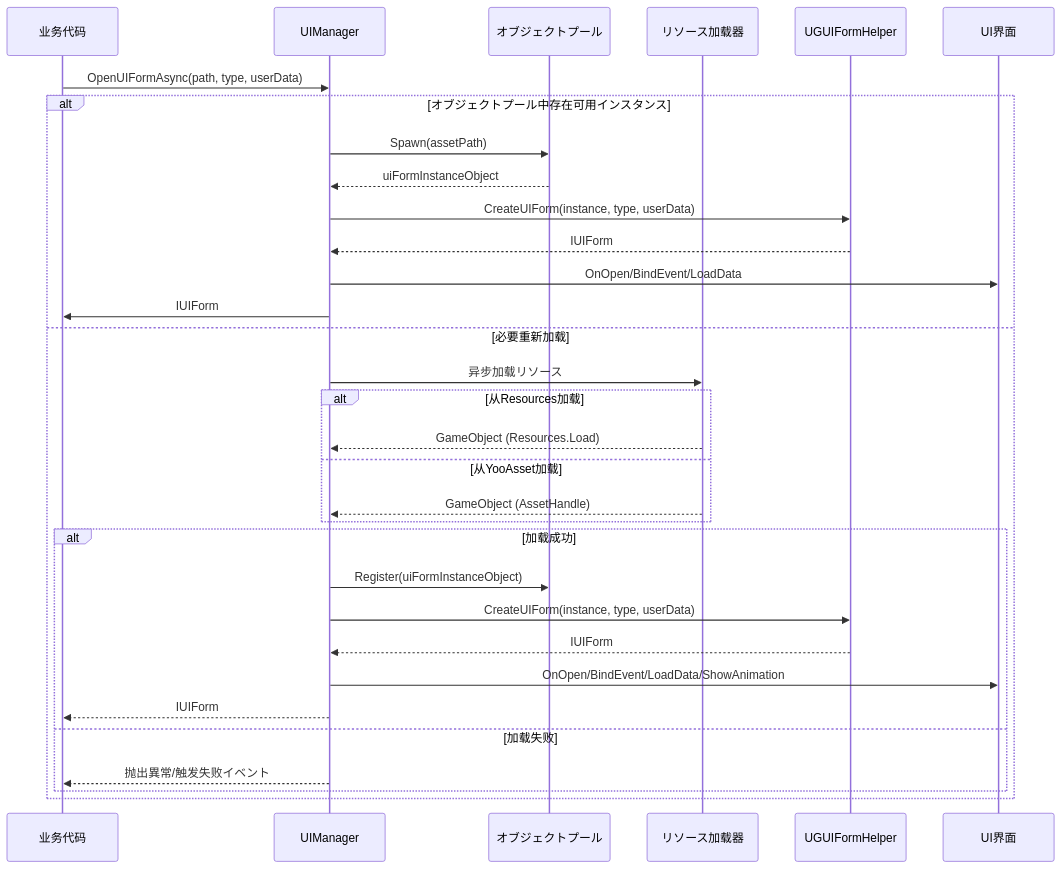
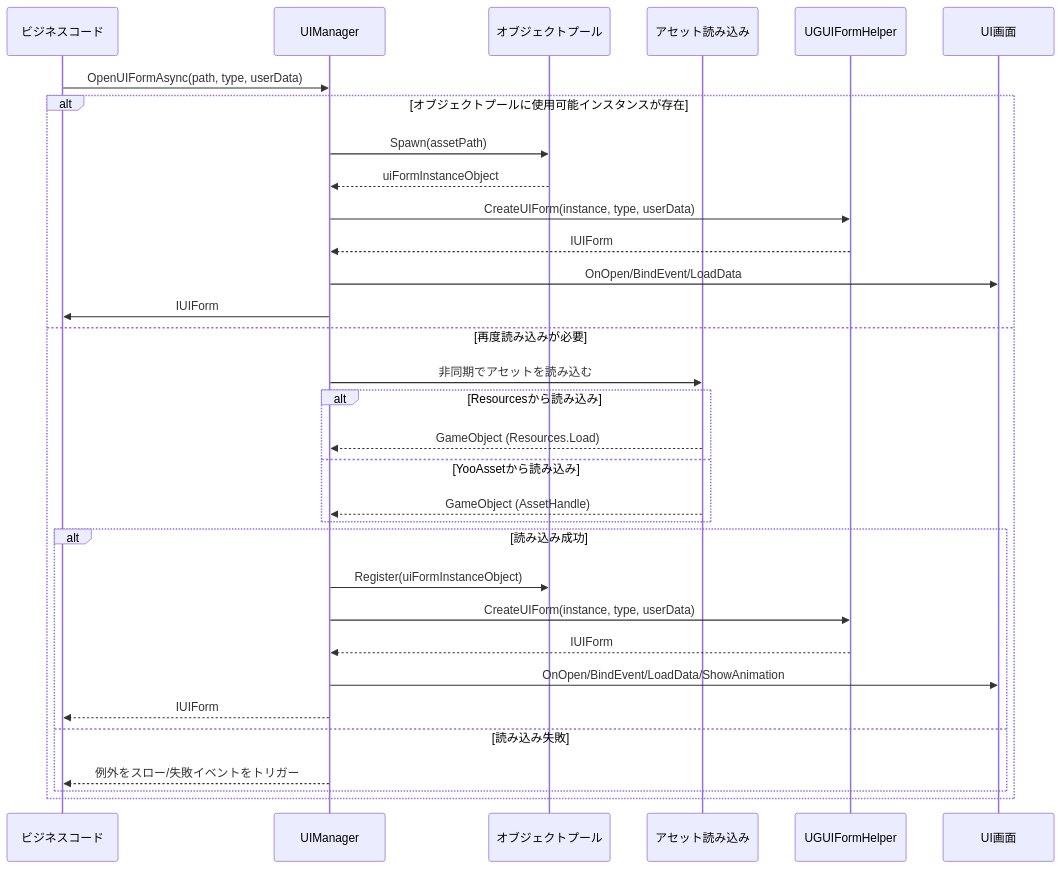
The second of 3 diagrams in docs/ja/client/unity/component/ui-ugui/07.ui-manager.md (AlianBlank/GameFrameX.Docs), drawn with Mermaid before and after one commit. The commit also changed other lines of this file and 320 other files, not shown here.

````diff
--- a/docs/ja/client/unity/component/ui-ugui/07.ui-manager.md
+++ b/docs/ja/client/unity/component/ui-ugui/07.ui-manager.md
@@ -67,37 +67,37 @@
 ```mermaid
 sequenceDiagram
-    participant Client as 业务代码
+    participant Client as ビジネスコード
     participant UIManager as UIManager
     participant Pool as オブジェクトプール
-    participant Loader as リソース加载器
+    participant Loader as アセット読み込み
     participant Helper as UGUIFormHelper
-    participant UIForm as UI界面
+    participant UIForm as UI画面
 
     Client->>UIManager: OpenUIFormAsync(path, type, userData)
-    
-    alt オブジェクトプール中存在可用インスタンス
+
+    alt オブジェクトプールに使用可能インスタンスが存在
         UIManager->>Pool: Spawn(assetPath)
         Pool-->>UIManager: uiFormInstanceObject
         UIManager->>Helper: CreateUIForm(instance, type, userData)
         Helper-->>UIManager: IUIForm
         UIManager->>UIForm: OnOpen/BindEvent/LoadData
         UIManager->>Client: IUIForm
-    else 必要重新加载
-        UIManager->>Loader: 异步加载リソース
-        alt 从Resources加载
+    else 再度読み込みが必要
+        UIManager->>Loader: 非同期でアセットを読み込む
+        alt Resourcesから読み込み
             Loader-->>UIManager: GameObject (Resources.Load)
-        else 从YooAsset加载
+        else YooAssetから読み込み
             Loader-->>UIManager: GameObject (AssetHandle)
         end
-        
-        alt 加载成功
+
+        alt 読み込み成功
             UIManager->>Pool: Register(uiFormInstanceObject)
             UIManager->>Helper: CreateUIForm(instance, type, userData)
             Helper-->>UIManager: IUIForm
             UIManager->>UIForm: OnOpen/BindEvent/LoadData/ShowAnimation
             UIManager-->>Client: IUIForm
-        else 加载失败
-            UIManager-->>Client: 抛出異常/触发失败イベント
+        else 読み込み失敗
+            UIManager-->>Client: 例外をスロー/失敗イベントをトリガー
         end
     end
 ```
````
